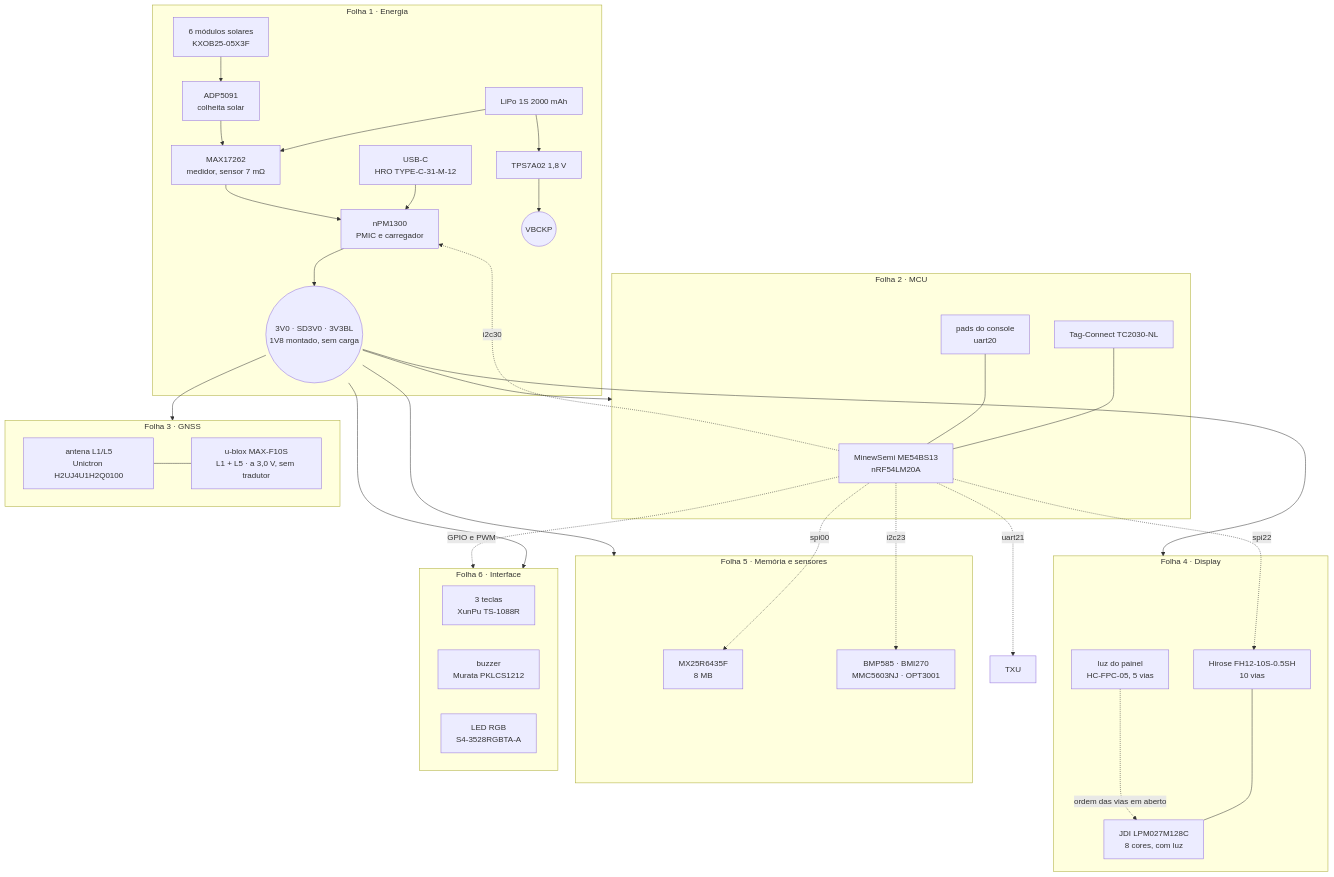
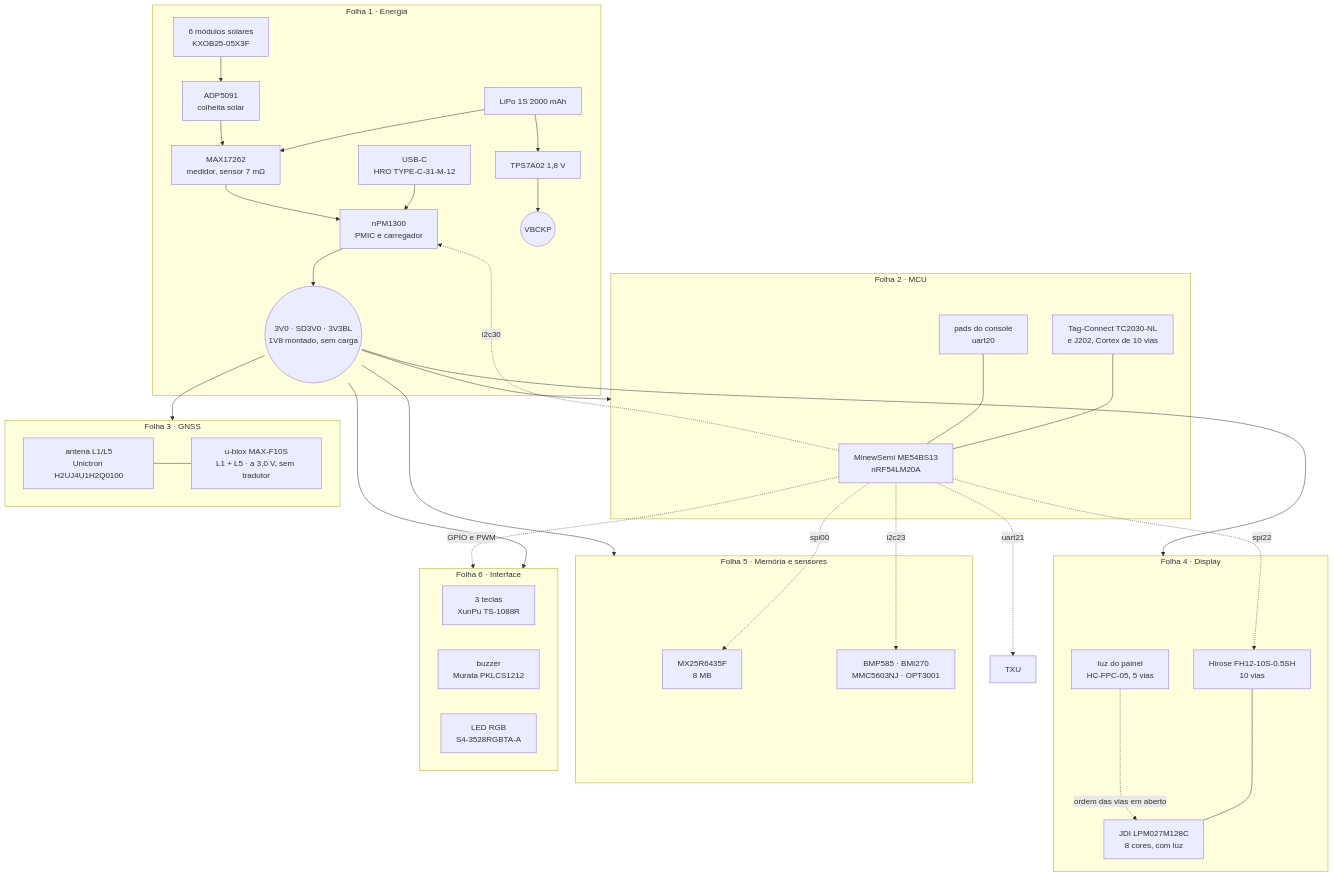
One commit to Guiimartinho/gnss-bike-computer changed the diagram in hardware_gnssbike/README.md. Above: the diagram before and after it, drawn with Mermaid. The commit also changed 37 other files, not shown here.

````diff
--- a/hardware_gnssbike/README.md
+++ b/hardware_gnssbike/README.md
@@ -75,51 +75,51 @@
 ```mermaid
 flowchart TB
     subgraph F1["Folha 1 · Energia"]
         USBC["USB-C<br/>HRO TYPE-C-31-M-12"] --> NPM["nPM1300<br/>PMIC e carregador"]
         CELL["LiPo 1S 2000 mAh"] --> GAUGE["MAX17262<br/>medidor, sensor 7 mΩ"]
         GAUGE --> NPM
         PV["6 módulos solares<br/>KXOB25-05X3F"] --> AEM["ADP5091<br/>colheita solar"]
         AEM --> GAUGE
         NPM --> RAILS(("3V0 · SD3V0 · 3V3BL<br/>1V8 montado, sem carga"))
         CELL --> TPS["TPS7A02 1,8 V"] --> VBCKP(("VBCKP"))
     end
 
     subgraph F2["Folha 2 · MCU"]
         MOD["MinewSemi ME54BS13<br/>nRF54LM20A"]
-        SWD["Tag-Connect TC2030-NL"] --- MOD
+        SWD["Tag-Connect TC2030-NL<br/>e J202, Cortex de 10 vias"] --- MOD
         PADS["pads do console<br/>uart20"] --- MOD
     end
 
     subgraph F3["Folha 3 · GNSS"]
         MAXF["u-blox MAX-F10S<br/>L1 + L5 · a 3,0 V, sem tradutor"]
         ANT1["antena L1/L5<br/>Unictron H2UJ4U1H2Q0100"] --- MAXF
     end
 
     subgraph F4["Folha 4 · Display"]
         FPC["Hirose FH12-10S-0.5SH<br/>10 vias"] --- PANEL["JDI LPM027M128C<br/>8 cores, com luz"]
         BL["luz do painel<br/>HC-FPC-05, 5 vias"] -.->|"ordem das vias em aberto"| PANEL
     end
 
     subgraph F5["Folha 5 · Memória e sensores"]
         NOR["MX25R6435F<br/>8 MB"]
         SENS["BMP585 · BMI270<br/>MMC5603NJ · OPT3001"]
     end
 
     subgraph F6["Folha 6 · Interface"]
         KEYS["3 teclas<br/>XunPu TS-1088R"]
         BUZ["buzzer<br/>Murata PKLCS1212"]
         RGB["LED RGB<br/>S4-3528RGBTA-A"]
     end
 
     RAILS --> F2
     RAILS --> F3
     RAILS --> F4
     RAILS --> F5
     RAILS --> F6
     MOD -.->|"spi00"| NOR
     MOD -.->|"i2c23"| SENS
     MOD -.->|"uart21"| TXU
     MOD -.->|"spi22"| FPC
     MOD -.->|"i2c30"| NPM
     MOD -.->|"GPIO e PWM"| F6
 ```
````
